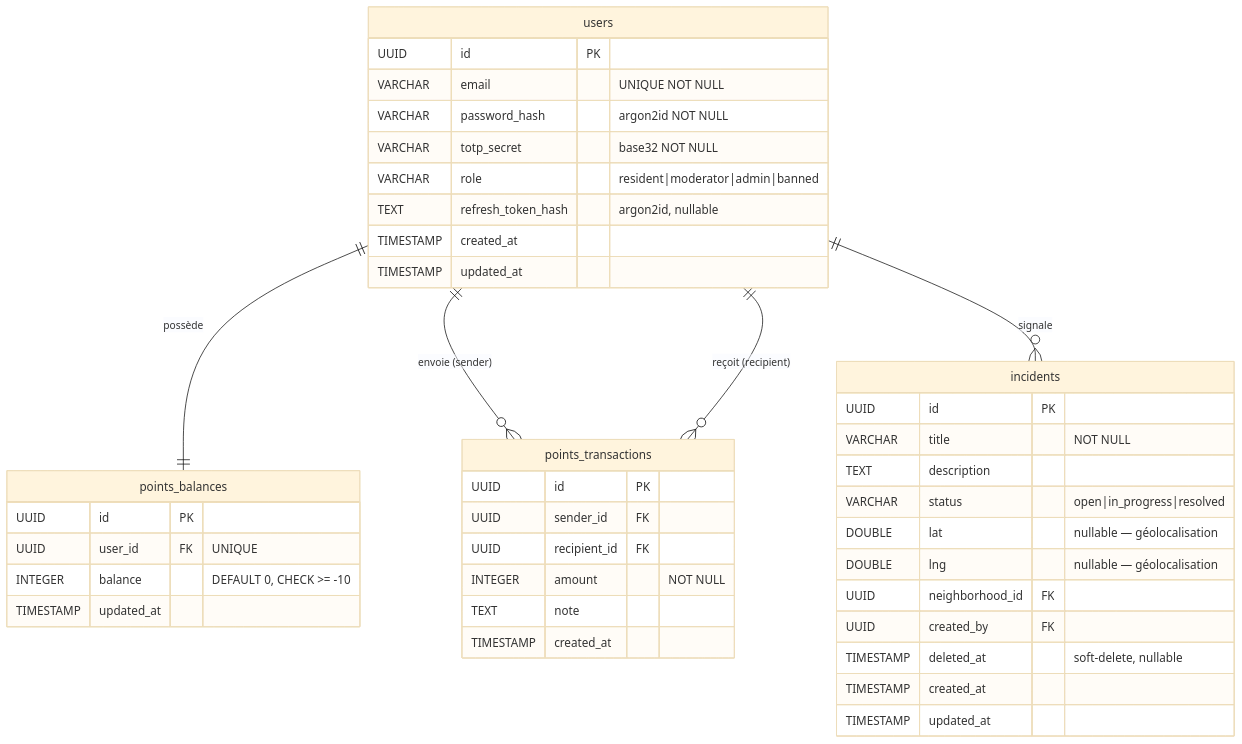
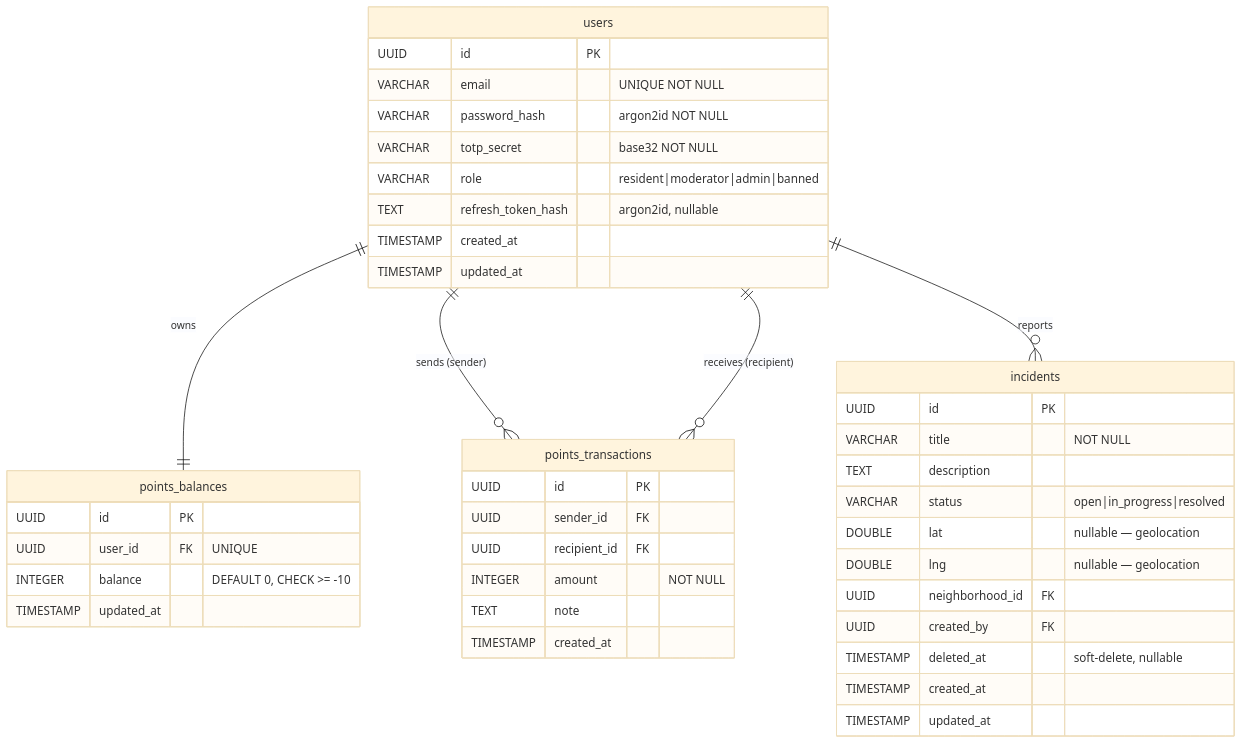
One commit to creibaud/QuartierConnect changed the eighth of 20 diagrams in docs/RAPPORT-ETAPE3.md. Above: the diagram before and after it, drawn with Mermaid (base theme). The commit also changed other lines of this file and 155 other files, not shown here.

````diff
--- a/docs/RAPPORT-ETAPE3.md
+++ b/docs/RAPPORT-ETAPE3.md
@@ -272,48 +272,48 @@
 ```mermaid
 erDiagram
     users {
         UUID      id                 PK
         VARCHAR   email              "UNIQUE NOT NULL"
         VARCHAR   password_hash      "argon2id NOT NULL"
         VARCHAR   totp_secret        "base32 NOT NULL"
         VARCHAR   role               "resident|moderator|admin|banned"
         TEXT      refresh_token_hash "argon2id, nullable"
         TIMESTAMP created_at
         TIMESTAMP updated_at
     }
 
     incidents {
         UUID      id               PK
         VARCHAR   title            "NOT NULL"
         TEXT      description
         VARCHAR   status           "open|in_progress|resolved"
-        DOUBLE    lat              "nullable — géolocalisation"
-        DOUBLE    lng              "nullable — géolocalisation"
+        DOUBLE    lat              "nullable — geolocation"
+        DOUBLE    lng              "nullable — geolocation"
         UUID      neighborhood_id  FK
         UUID      created_by       FK
         TIMESTAMP deleted_at       "soft-delete, nullable"
         TIMESTAMP created_at
         TIMESTAMP updated_at
     }
 
     points_balances {
         UUID      id        PK
         UUID      user_id   FK "UNIQUE"
         INTEGER   balance   "DEFAULT 0, CHECK >= -10"
         TIMESTAMP updated_at
     }
 
     points_transactions {
         UUID      id           PK
         UUID      sender_id    FK
         UUID      recipient_id FK
         INTEGER   amount       "NOT NULL"
         TEXT      note
         TIMESTAMP created_at
     }
 
-    users ||--|| points_balances     : "possède"
-    users ||--o{ points_transactions : "envoie (sender)"
-    users ||--o{ points_transactions : "reçoit (recipient)"
-    users ||--o{ incidents           : "signale"
+    users ||--|| points_balances     : "owns"
+    users ||--o{ points_transactions : "sends (sender)"
+    users ||--o{ points_transactions : "receives (recipient)"
+    users ||--o{ incidents           : "reports"
 ```
````
